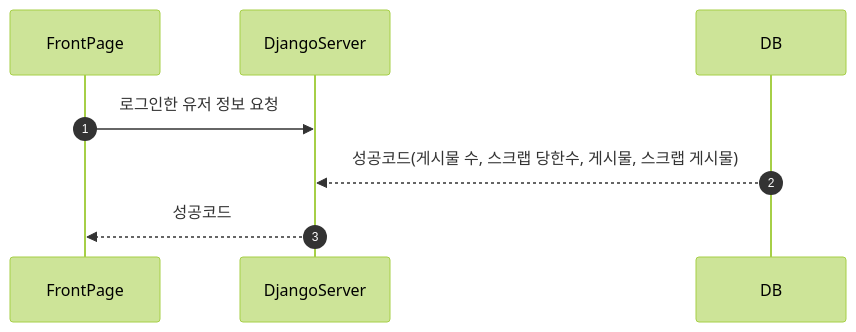
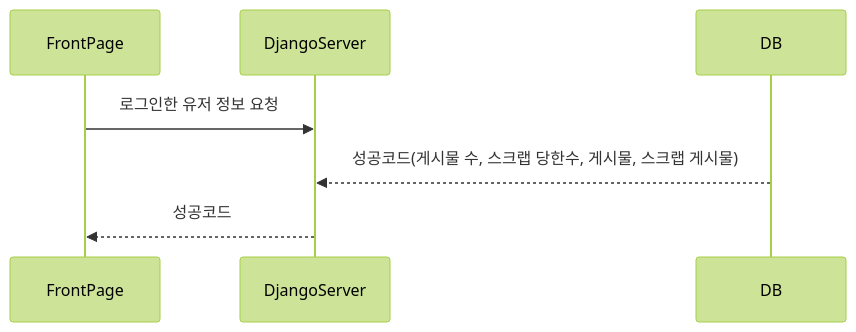
Before and after one commit to seulki119/D-Link: the eighth of 8 diagrams in 참고자료/시퀸스 다이어그램.md, drawn with Mermaid (forest theme).

Commit message:
.S03P12B307-72 | 수정 | 시퀸스다이어그램(autonumber제거)

`````diff
--- a/참고자료/시퀸스 다이어그램.md
+++ b/참고자료/시퀸스 다이어그램.md
@@ -119,10 +119,10 @@
 ````mermaid
 sequenceDiagram
 
-autonumber
+
 
 FrontPage ->> DjangoServer : 로그인한 유저 정보 요청
 
 DB -->> DjangoServer : 성공코드(게시물 수, 스크랩 당한수, 게시물, 스크랩 게시물)
 DjangoServer -->> FrontPage : 성공코드
 ````
`````
